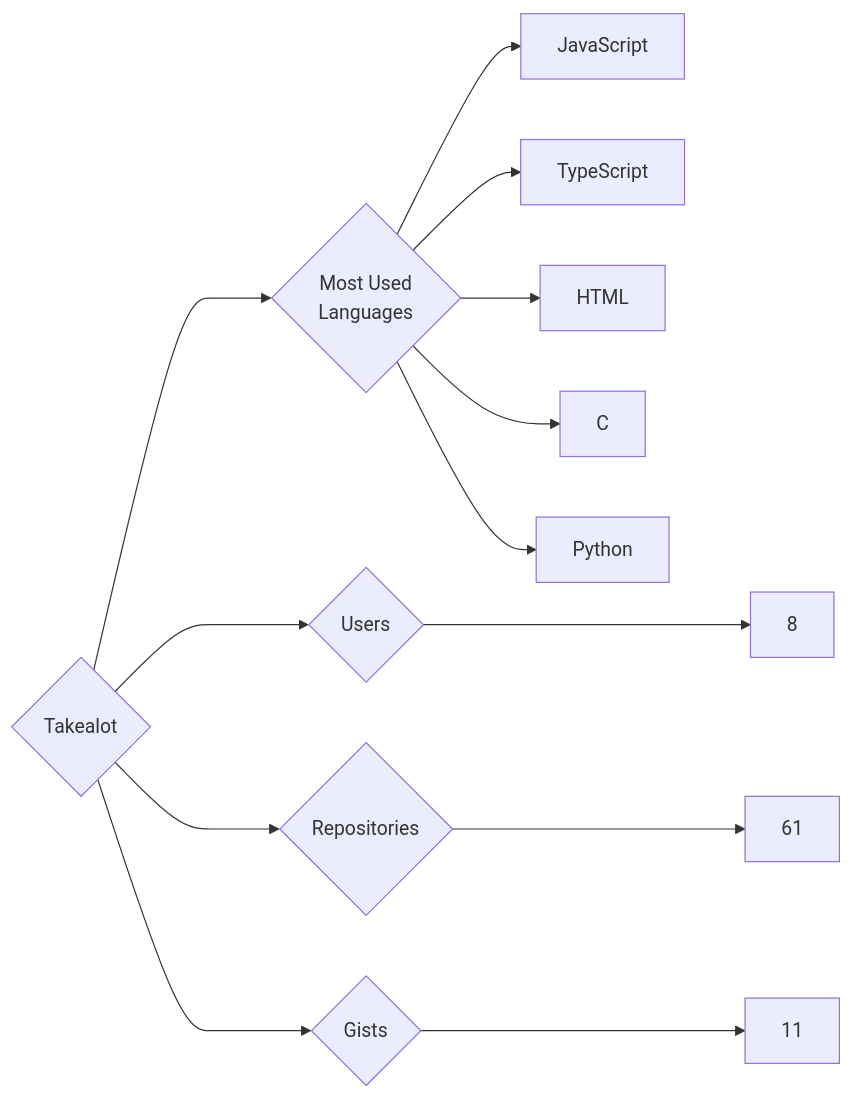
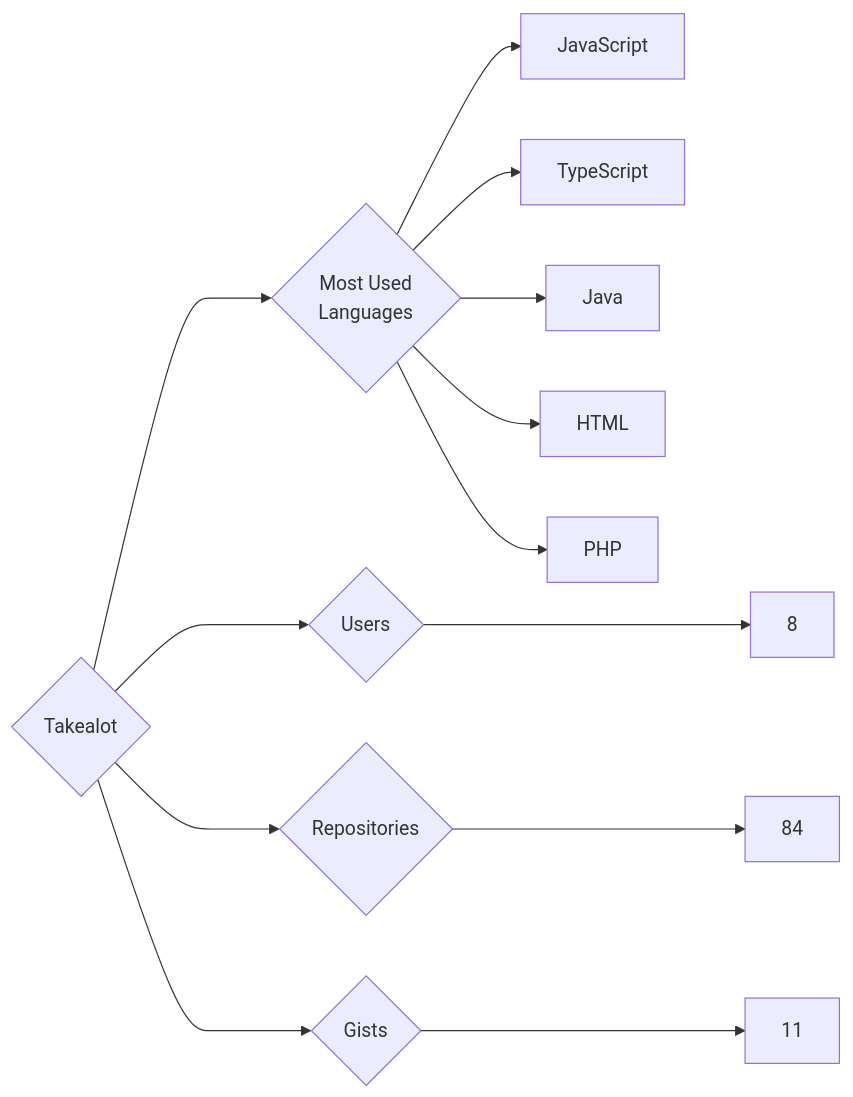
The diagram in targets/Takealot/README.md (trickest/insiders), drawn with Mermaid before and after one commit. The commit also changed 871 other files, not shown here.

````diff
--- a/targets/Takealot/README.md
+++ b/targets/Takealot/README.md
@@ -3,13 +3,13 @@
 ```mermaid
 graph LR
 COMPANY_NAME{Takealot}
 COMPANY_NAME ---> U{Users} ---> UN[8]
-COMPANY_NAME ---> R{Repositories} ---> RN[61]
+COMPANY_NAME ---> R{Repositories} ---> RN[84]
 COMPANY_NAME ---> G{Gists} ---> GN[11]
 COMPANY_NAME ---> ML{Most Used<br>Languages}
 ML --> JavaScript[JavaScript]
 ML --> TypeScript[TypeScript]
+ML --> Java[Java]
 ML --> HTML[HTML]
-ML --> C[C]
-ML --> Python[Python]
+ML --> PHP[PHP]
 ```
````
